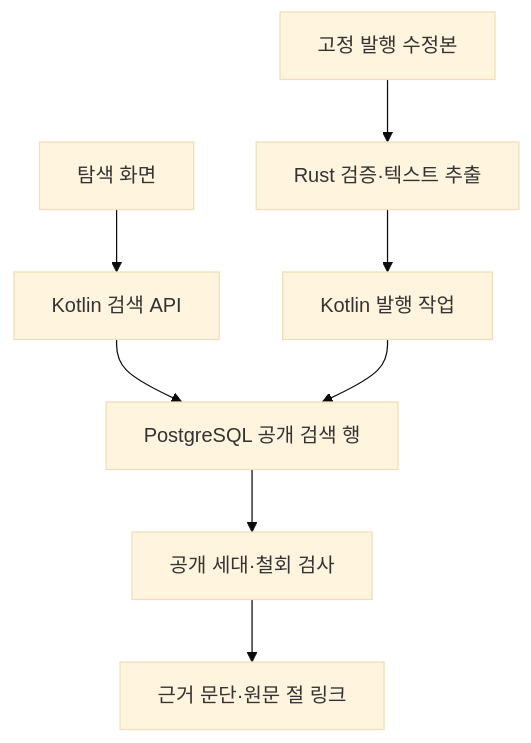
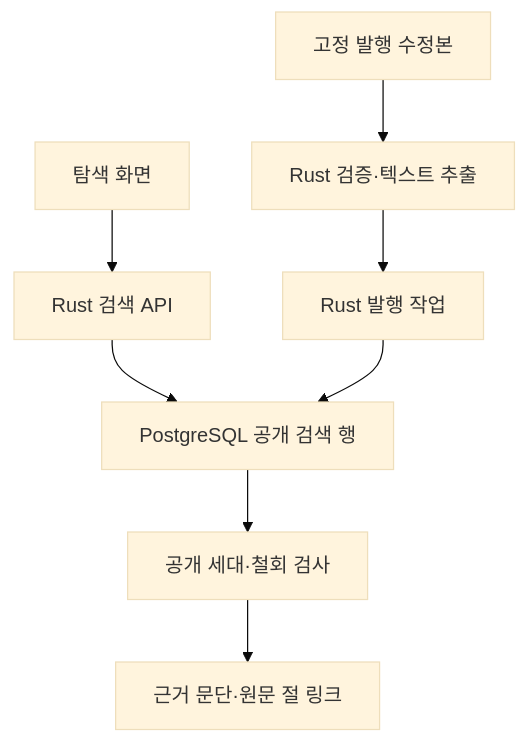
Before and after one commit to croppedeyebrow/DataGrizzly_Home: the diagram in docs/05_diagrams/04_search_rag.md, drawn with Mermaid (base theme). The commit also changed 206 other files, not shown here.

````diff
--- a/docs/05_diagrams/04_search_rag.md
+++ b/docs/05_diagrams/04_search_rag.md
@@ -5,10 +5,10 @@
 ```mermaid
 flowchart TD
- U[탐색 화면] --> K[Kotlin 검색 API]
+ U[탐색 화면] --> K[Rust 검색 API]
  K --> P[PostgreSQL 공개 검색 행]
  P --> V[공개 세대·철회 검사]
  V --> R[근거 문단·원문 절 링크]
  S[고정 발행 수정본] --> T[Rust 검증·텍스트 추출]
- T --> J[Kotlin 발행 작업]
+ T --> J[Rust 발행 작업]
  J --> P
 ```
````
